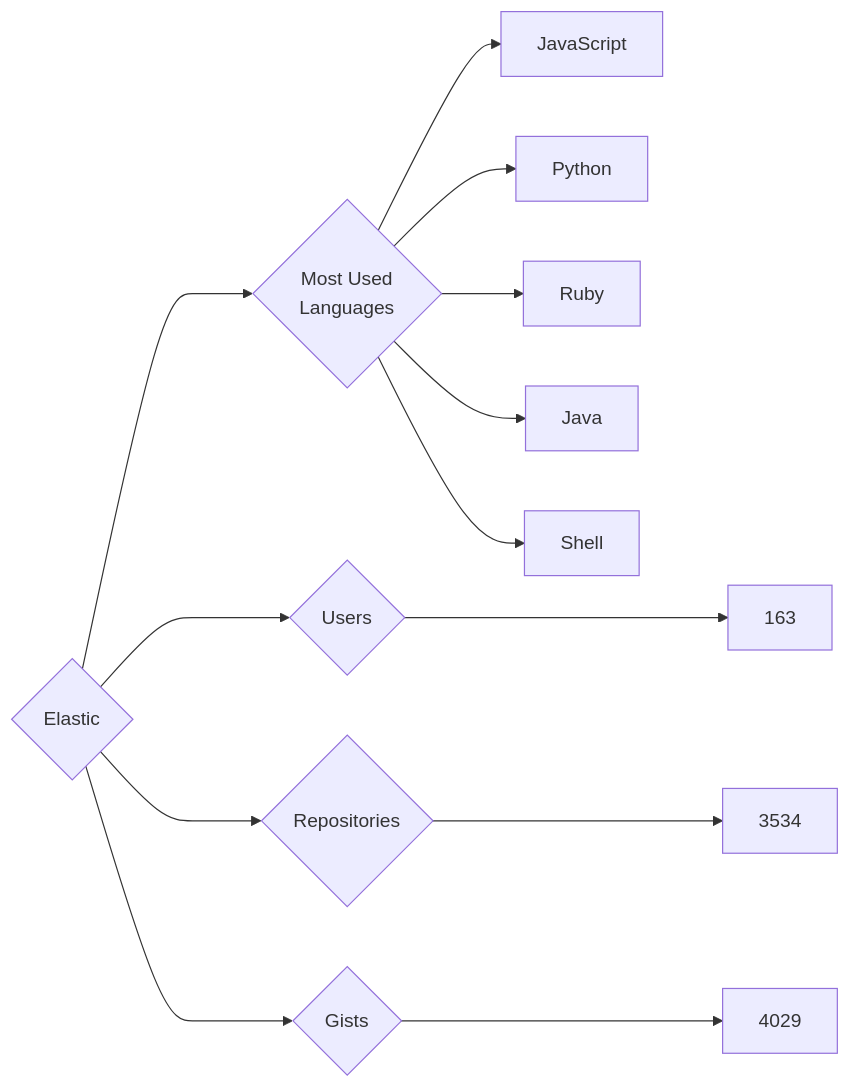
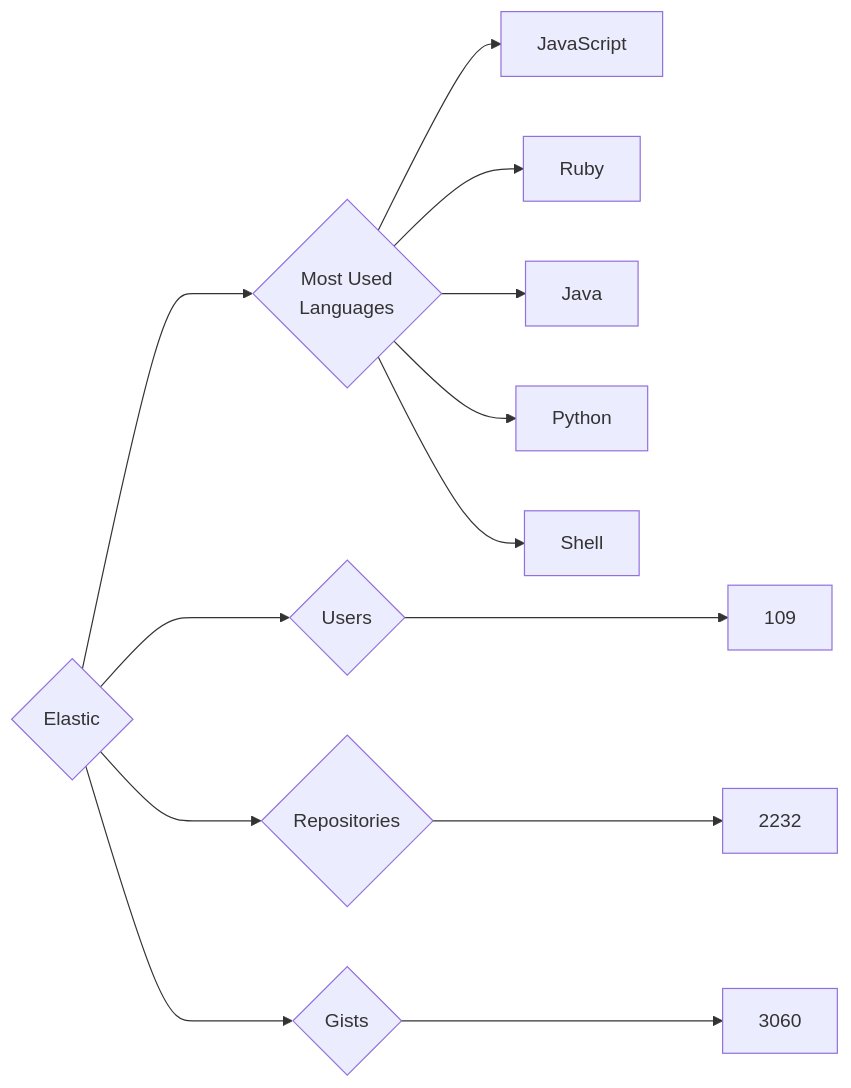
Before and after one commit to trickest/insiders: the diagram in targets/Elastic/README.md, drawn with Mermaid. The commit also changed 723 other files, not shown here.

````diff
--- a/targets/Elastic/README.md
+++ b/targets/Elastic/README.md
@@ -3,13 +3,13 @@
 ```mermaid
 graph LR
 COMPANY_NAME{Elastic}
-COMPANY_NAME ---> U{Users} ---> UN[163]
-COMPANY_NAME ---> R{Repositories} ---> RN[3534]
-COMPANY_NAME ---> G{Gists} ---> GN[4029]
+COMPANY_NAME ---> U{Users} ---> UN[109]
+COMPANY_NAME ---> R{Repositories} ---> RN[2232]
+COMPANY_NAME ---> G{Gists} ---> GN[3060]
 COMPANY_NAME ---> ML{Most Used<br>Languages}
 ML --> JavaScript[JavaScript]
-ML --> Python[Python]
 ML --> Ruby[Ruby]
 ML --> Java[Java]
+ML --> Python[Python]
 ML --> Shell[Shell]
 ```
````
